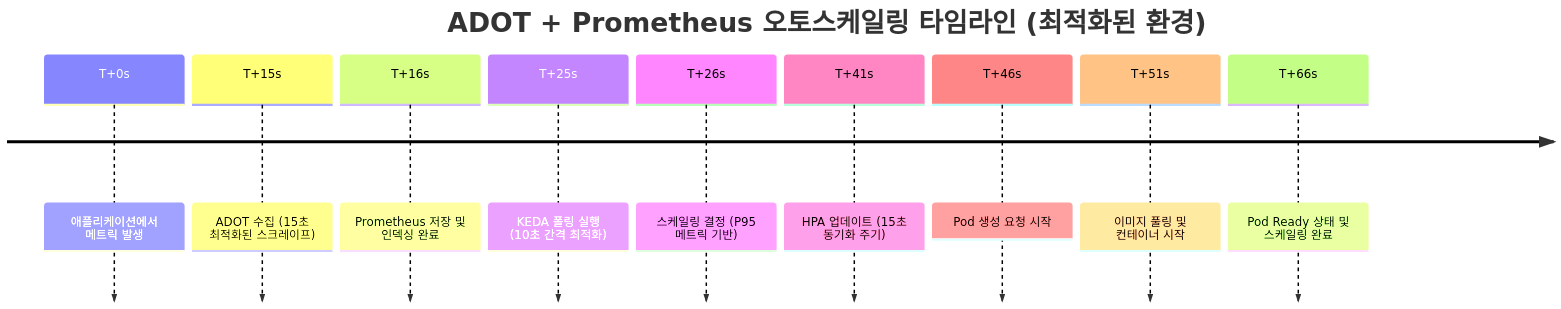
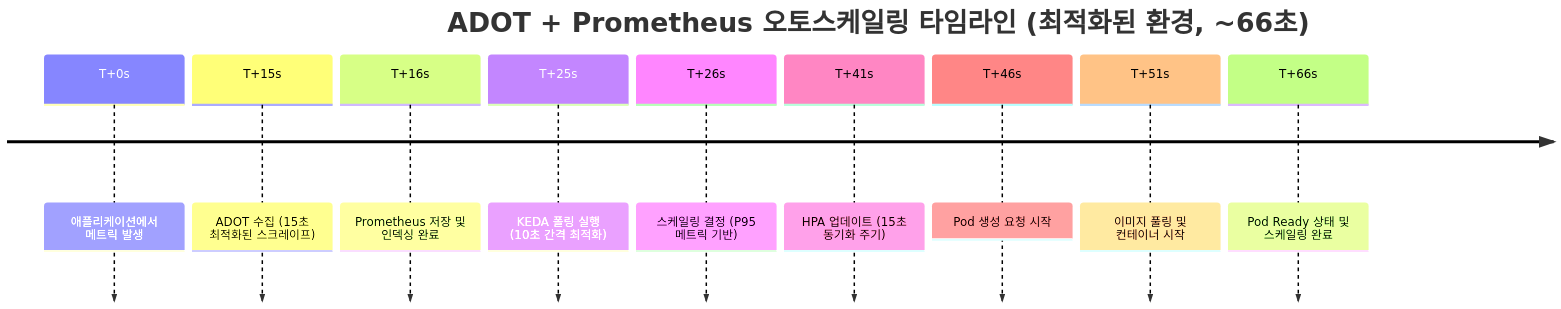
The seventh of 33 diagrams in docs/infrastructure-optimization/karpenter-autoscaling.md (devfloor9/engineering-playbook), drawn with Mermaid before and after one commit. The commit also changed other lines of this file and 43 other files, not shown here.

````diff
--- a/docs/infrastructure-optimization/karpenter-autoscaling.md
+++ b/docs/infrastructure-optimization/karpenter-autoscaling.md
@@ -225,14 +462,14 @@
 ```mermaid
 timeline
-    title ADOT + Prometheus 오토스케일링 타임라인 (최적화된 환경)
+    title ADOT + Prometheus 오토스케일링 타임라인 (최적화된 환경, ~66초)
 
     T+0s   : 애플리케이션에서 메트릭 발생
     T+15s  : ADOT 수집 (15초 최적화된 스크레이프)
     T+16s  : Prometheus 저장 및 인덱싱 완료
     T+25s  : KEDA 폴링 실행 (10초 간격 최적화)
     T+26s  : 스케일링 결정 (P95 메트릭 기반)
     T+41s  : HPA 업데이트 (15초 동기화 주기)
     T+46s  : Pod 생성 요청 시작
     T+51s  : 이미지 풀링 및 컨테이너 시작
     T+66s  : Pod Ready 상태 및 스케일링 완료
 ```
````
